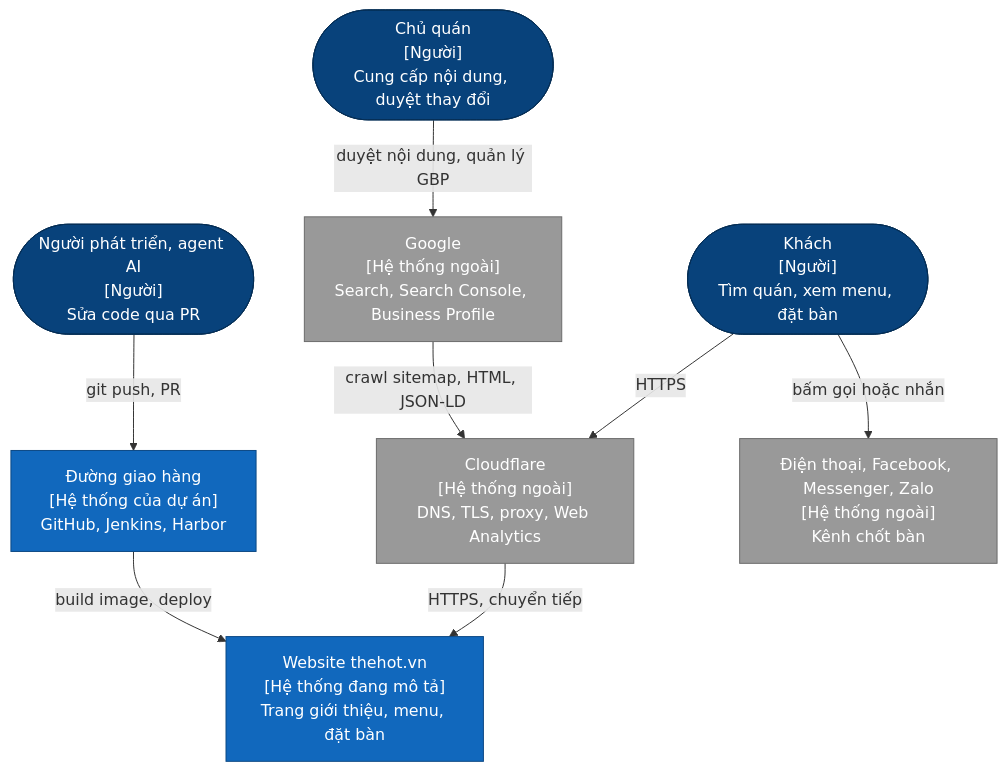
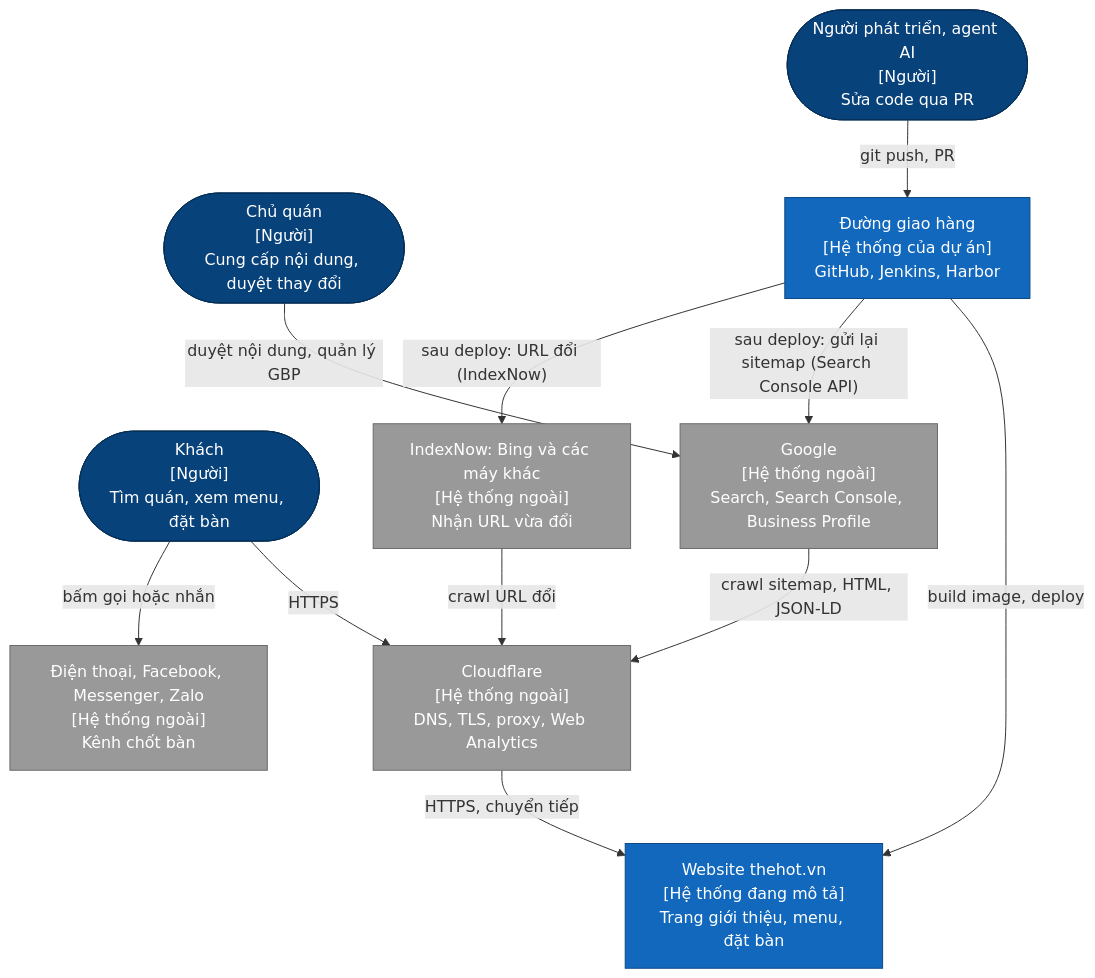
Before and after one commit to qkenn04/nokto-clone-v2: the first of 4 diagrams in docs/architecture/ARCHITECTURE.md, drawn with Mermaid. The commit also changed other lines of this file and 18 other files, not shown here.

````diff
--- a/docs/architecture/ARCHITECTURE.md
+++ b/docs/architecture/ARCHITECTURE.md
@@ -21,26 +21,30 @@
 ```mermaid
 flowchart TB
   guest(["Khách<br/>[Người]<br/>Tìm quán, xem menu, đặt bàn"])
   owner(["Chủ quán<br/>[Người]<br/>Cung cấp nội dung, duyệt thay đổi"])
   dev(["Người phát triển, agent AI<br/>[Người]<br/>Sửa code qua PR"])
   site["Website thehot.vn<br/>[Hệ thống đang mô tả]<br/>Trang giới thiệu, menu, đặt bàn"]
   delivery["Đường giao hàng<br/>[Hệ thống của dự án]<br/>GitHub, Jenkins, Harbor"]
   cf["Cloudflare<br/>[Hệ thống ngoài]<br/>DNS, TLS, proxy, Web Analytics"]
   google["Google<br/>[Hệ thống ngoài]<br/>Search, Search Console, Business Profile"]
+  indexnow["IndexNow: Bing và các máy khác<br/>[Hệ thống ngoài]<br/>Nhận URL vừa đổi"]
   social["Điện thoại, Facebook, Messenger, Zalo<br/>[Hệ thống ngoài]<br/>Kênh chốt bàn"]
 
   guest -->|"HTTPS"| cf
   cf -->|"HTTPS, chuyển tiếp"| site
   google -->|"crawl sitemap, HTML, JSON-LD"| cf
   guest -->|"bấm gọi hoặc nhắn"| social
   owner -->|"duyệt nội dung, quản lý GBP"| google
   dev -->|"git push, PR"| delivery
   delivery -->|"build image, deploy"| site
+  delivery -->|"sau deploy: gửi lại sitemap (Search Console API)"| google
+  delivery -->|"sau deploy: URL đổi (IndexNow)"| indexnow
+  indexnow -->|"crawl URL đổi"| cf
 
   classDef person fill:#08427b,stroke:#052e56,color:#ffffff
   classDef system fill:#1168bd,stroke:#0b4884,color:#ffffff
   classDef external fill:#999999,stroke:#6b6b6b,color:#ffffff
   class guest,owner,dev person
   class site,delivery system
-  class cf,google,social external
+  class cf,google,indexnow,social external
 ```
````
